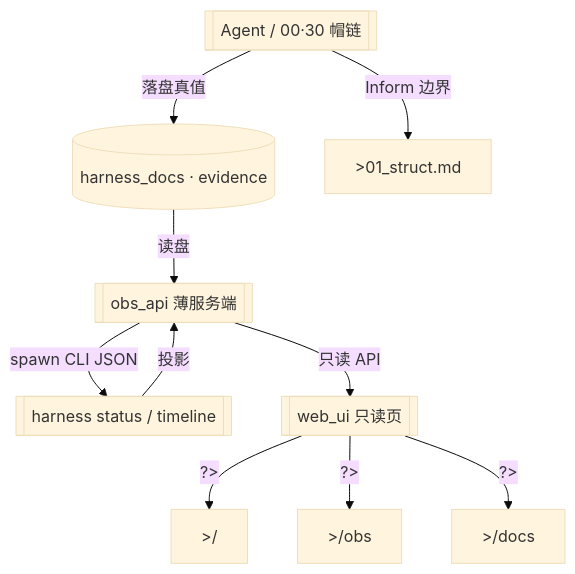
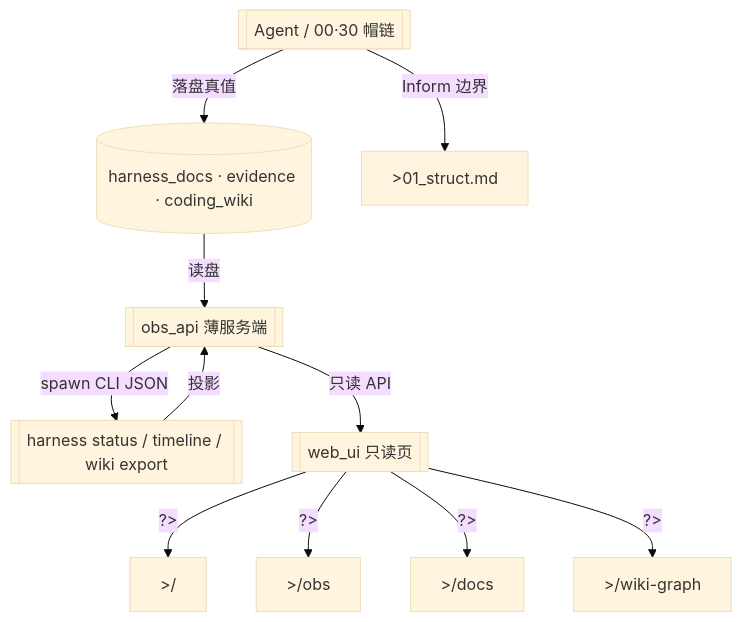
One commit to Cyning12/cyning-harness-web changed the diagram in docs/_tech_graph/00_main.md. Above: the diagram before and after it, drawn with Mermaid (base theme). The commit also changed other lines of this file and 42 other files, not shown here.

First line of the commit message:
feat(web): adopt harness 2.18.0, wiki_delta migrate, and /wiki-graph (#29)

````diff
--- a/docs/_tech_graph/00_main.md
+++ b/docs/_tech_graph/00_main.md
@@ -13,24 +12,26 @@
 ```mermaid
 flowchart TD
     AGENT[[Agent / 00·30 帽链]]
-    DOCS[(harness_docs · evidence)]
+    DOCS[(harness_docs · evidence · coding_wiki)]
     API[[obs_api 薄服务端]]
-    CLI[[harness status / timeline]]
+    CLI[[harness status / timeline / wiki export]]
     UI[[web_ui 只读页]]
     HOME[>/]
     OBS[>/obs]
     DOCPAGE[>/docs]
+    WIKI[>/wiki-graph]
     STRUCT[>01_struct.md]
 
     AGENT --"落盘真值"--> DOCS
     DOCS --"读盘"--> API
     API --"spawn CLI JSON"--> CLI
     CLI --"投影"--> API
     API --"只读 API"--> UI
     UI --"?>"--> HOME
     UI --"?>"--> OBS
     UI --"?>"--> DOCPAGE
+    UI --"?>"--> WIKI
     AGENT --"Inform 边界"--> STRUCT
 
     %% 禁止：UI 写闸；浏览器内 npx；飞行中升格为签收真值
 ```
````
